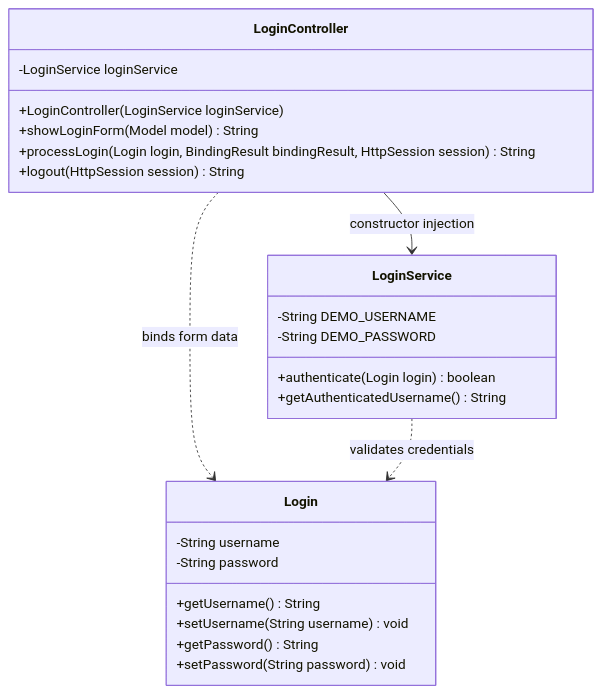
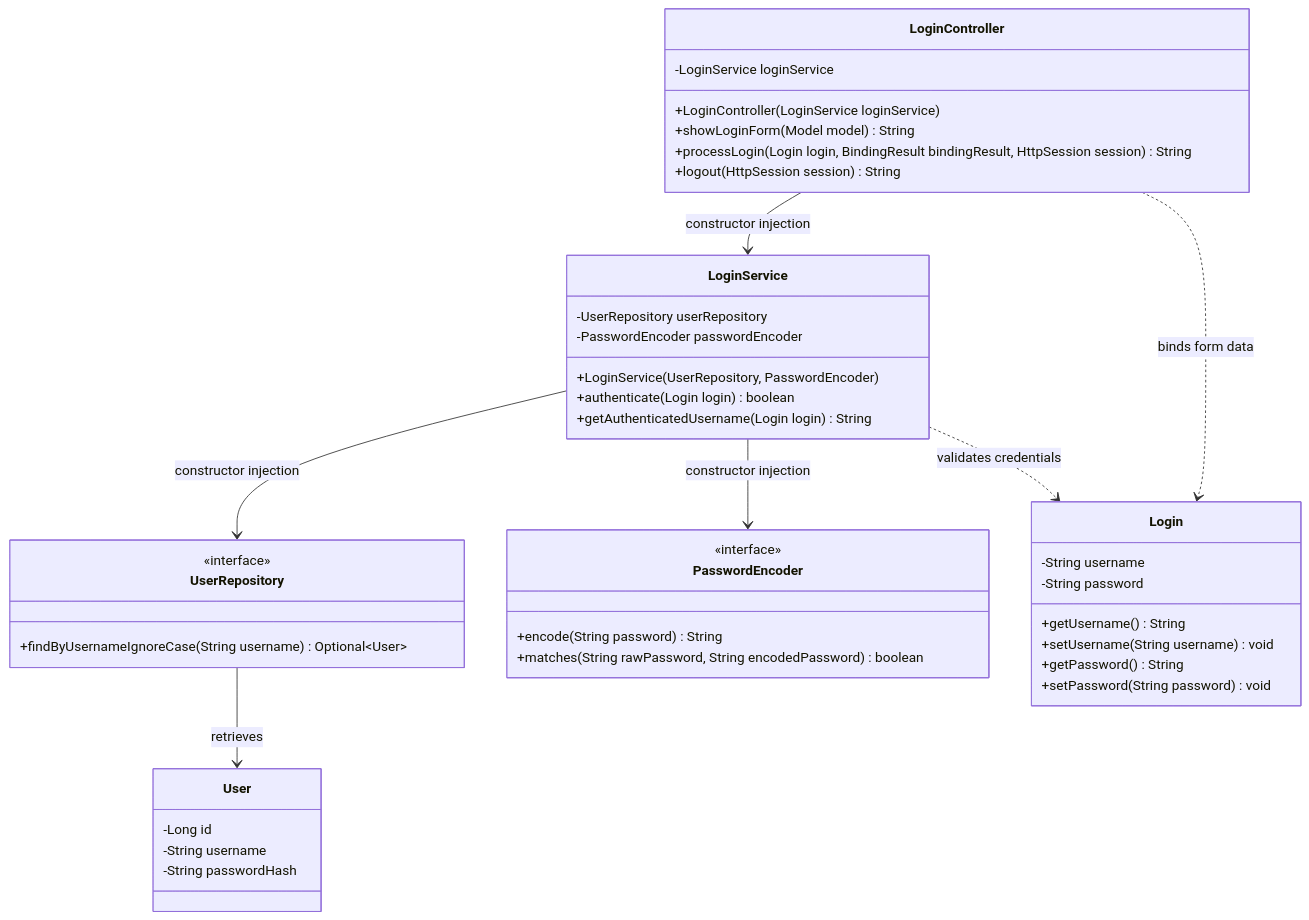
Before and after one commit to GCUJAMES/CST339-VideoGameStore: the diagram in docs/Login-Module-Class-Diagram.md, drawn with Mermaid. The commit also changed other lines of this file and 10 other files, not shown here.

Commit message:
Refactor login to use database repository

````diff
--- a/docs/Login-Module-Class-Diagram.md
+++ b/docs/Login-Module-Class-Diagram.md
@@ -5,30 +5,51 @@
 ```mermaid
 classDiagram
     class LoginController {
         -LoginService loginService
         +LoginController(LoginService loginService)
         +showLoginForm(Model model) String
         +processLogin(Login login, BindingResult bindingResult, HttpSession session) String
         +logout(HttpSession session) String
     }
 
     class LoginService {
-        -String DEMO_USERNAME
-        -String DEMO_PASSWORD
+        -UserRepository userRepository
+        -PasswordEncoder passwordEncoder
+        +LoginService(UserRepository, PasswordEncoder)
         +authenticate(Login login) boolean
-        +getAuthenticatedUsername() String
+        +getAuthenticatedUsername(Login login) String
+    }
+
+    class UserRepository {
+        <<interface>>
+        +findByUsernameIgnoreCase(String username) Optional~User~
+    }
+
+    class User {
+        -Long id
+        -String username
+        -String passwordHash
+    }
+
+    class PasswordEncoder {
+        <<interface>>
+        +encode(String password) String
+        +matches(String rawPassword, String encodedPassword) boolean
     }
 
     class Login {
         -String username
         -String password
         +getUsername() String
         +setUsername(String username) void
         +getPassword() String
         +setPassword(String password) void
     }
 
     LoginController --> LoginService : constructor injection
     LoginController ..> Login : binds form data
+    LoginService --> UserRepository : constructor injection
+    LoginService --> PasswordEncoder : constructor injection
+    UserRepository --> User : retrieves
     LoginService ..> Login : validates credentials
 ```
````
